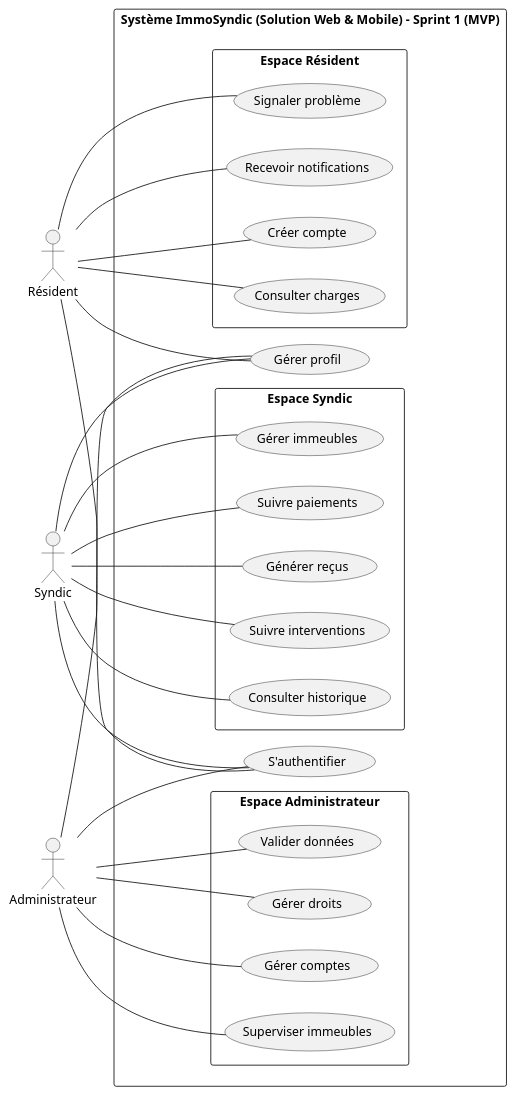
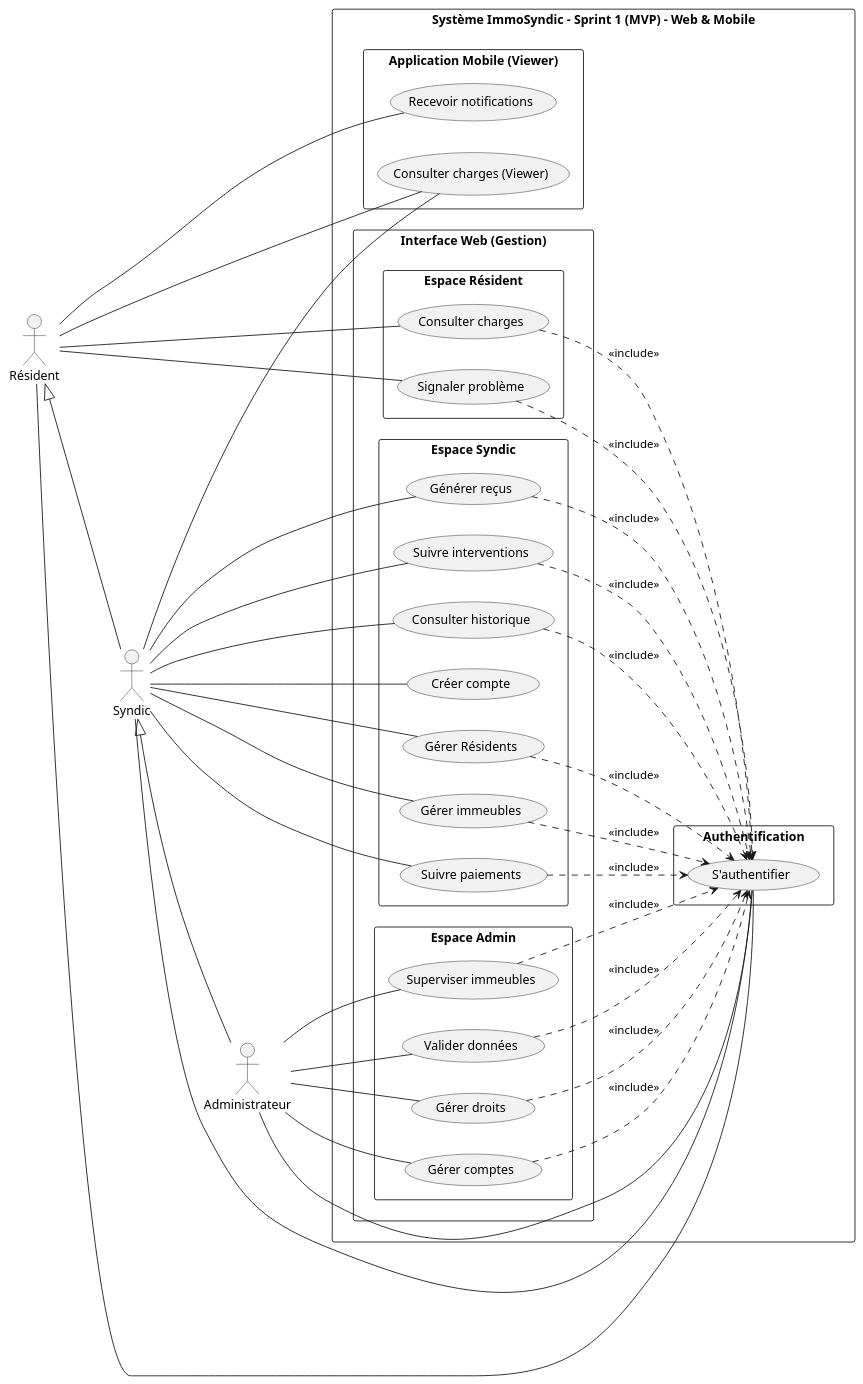
One commit to fadna-lakhouchen/Projet-finale changed the diagram in analyse/ideation/cas_utilisation/use_case_sprint1_MVP.puml. Above: the diagram before and after it, drawn with PlantUML. The commit also changed 5 other files, not shown here.

```diff
--- a/analyse/ideation/cas_utilisation/use_case_sprint1_MVP.puml
+++ b/analyse/ideation/cas_utilisation/use_case_sprint1_MVP.puml
@@ -1,47 +1,90 @@
-@startuml
+@startuml ImmoSyndic_Sprint_1_MVP
 left to right direction
 skinparam packageStyle rectangle
 skinparam shadowing false
 
+' Actors
 actor "Résident" as Resident
 actor "Syndic" as Syndic
 actor "Administrateur" as Admin
 
-rectangle "Système ImmoSyndic (Solution Web & Mobile) - Sprint 1 (MVP)" {
+' Hierarchy
+Resident <|-- Syndic
+Syndic <|-- Admin
 
-  ' Authentification commune
-  usecase "S'authentifier" as Auth
-  usecase "Gérer profil" as Profile
+rectangle "Système ImmoSyndic - Sprint 1 (MVP) - Web & Mobile" {
 
-  Resident -- Auth
-  Syndic -- Auth
-  Admin -- Auth
-  
-  Resident -- Profile
-  Syndic -- Profile
-  Admin -- Profile
-
-  package "Espace Résident" {
-    Resident -- (Créer compte)
-    Resident -- (Consulter charges)
-    Resident -- (Signaler problème)
-    Resident -- (Recevoir notifications)
+  package "Authentification" {
+    usecase "S'authentifier" as Auth
   }
 
-  package "Espace Syndic" {
-    Syndic -- (Gérer immeubles)
-    Syndic -- (Suivre paiements)
-    Syndic -- (Générer reçus)
-    Syndic -- (Suivre interventions)
-    Syndic -- (Consulter historique)
+  package "Interface Web (Gestion)" {
+    package "Espace Résident" {
+      usecase "Consulter charges" as ViewCharges
+      usecase "Signaler problème" as ReportIssue
+    }
+    package "Espace Syndic" {
+      usecase "Créer compte" as Register
+      usecase "Gérer Résidents" as ManageResidents
+      usecase "Gérer immeubles" as ManageBuildings
+      usecase "Suivre paiements" as TrackPayments
+      usecase "Générer reçus" as GenReceipts
+      usecase "Suivre interventions" as TrackInterventions
+      usecase "Consulter historique" as ViewHistory
+    }
+    package "Espace Admin" {
+      usecase "Gérer comptes" as ManageUsers
+      usecase "Superviser immeubles" as Supervise
+      usecase "Valider données" as ValidateData
+      usecase "Gérer droits" as ManageRoles
+    }
   }
 
-  package "Espace Administrateur" {
-    Admin -- (Gérer comptes)
-    Admin -- (Superviser immeubles)
-    Admin -- (Valider données)
-    Admin -- (Gérer droits)
+  package "Application Mobile (Viewer)" {
+    usecase "Consulter charges (Viewer)" as MobileViewCharges
+    usecase "Recevoir notifications" as MobileNotifs
   }
 
+  ' Includes Logic (Linking functional use cases to Auth)
+  ViewCharges ..> Auth : <<include>>
+  ReportIssue ..> Auth : <<include>>
+  
+  ManageResidents ..> Auth : <<include>>
+  ManageBuildings ..> Auth : <<include>>
+  TrackPayments ..> Auth : <<include>>
+  GenReceipts ..> Auth : <<include>>
+  TrackInterventions ..> Auth : <<include>>
+  ViewHistory ..> Auth : <<include>>
+
+  ManageUsers ..> Auth : <<include>>
+  Supervise ..> Auth : <<include>>
+  ValidateData ..> Auth : <<include>>
+  ManageRoles ..> Auth : <<include>>
 }
+
+' Connections Web
+Resident -- Auth
+Resident -- ViewCharges
+Resident -- ReportIssue
+
+Syndic -- Auth
+Syndic -- Register
+Syndic -- ManageResidents
+Syndic -- ManageBuildings
+Syndic -- TrackPayments
+Syndic -- GenReceipts
+Syndic -- TrackInterventions
+Syndic -- ViewHistory
+
+Admin -- Auth
+Admin -- ManageUsers
+Admin -- Supervise
+Admin -- ValidateData
+Admin -- ManageRoles
+
+' Connections Mobile (Public/Private split usually happens at Auth)
+Resident -- MobileViewCharges
+Resident -- MobileNotifs
+Syndic -- MobileViewCharges
+
 @enduml
```
